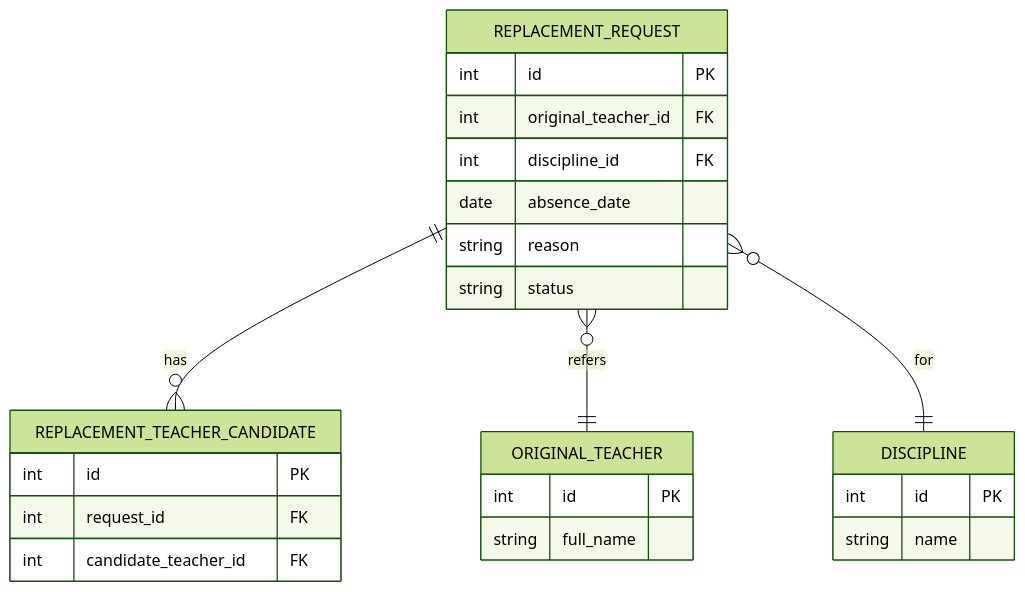
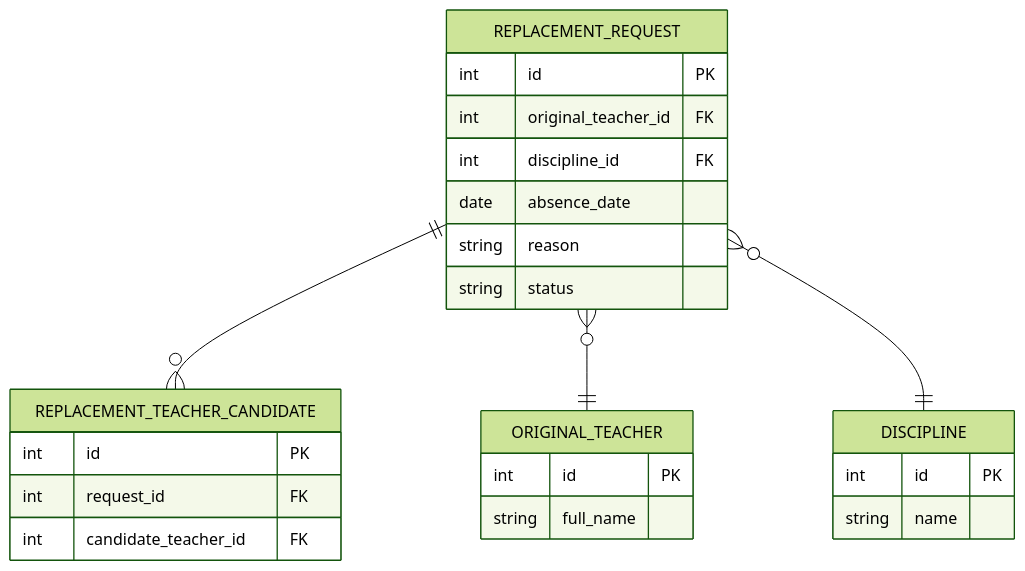
The diagram in requirements_3.md (YuriSilenok/AI), drawn with Mermaid (forest theme) before and after one commit.

````diff
--- a/requirements_3.md
+++ b/requirements_3.md
@@ -37,27 +37,27 @@
 ```mermaid
 erDiagram
     REPLACEMENT_REQUEST {
         int id PK
         int original_teacher_id FK
         int discipline_id FK
         date absence_date
         string reason
         string status
     }
     ORIGINAL_TEACHER {
         int id PK
         string full_name
     }
     DISCIPLINE {
         int id PK
         string name
     }
     REPLACEMENT_TEACHER_CANDIDATE {
         int id PK
         int request_id FK
         int candidate_teacher_id FK
     }
-    REPLACEMENT_REQUEST ||--o{ REPLACEMENT_TEACHER_CANDIDATE : has
-    REPLACEMENT_REQUEST }o--|| ORIGINAL_TEACHER : refers
-    REPLACEMENT_REQUEST }o--|| DISCIPLINE : for
+    REPLACEMENT_REQUEST ||--o{ REPLACEMENT_TEACHER_CANDIDATE : ""
+    REPLACEMENT_REQUEST }o--|| ORIGINAL_TEACHER : ""
+    REPLACEMENT_REQUEST }o--|| DISCIPLINE : ""
 ```
````
